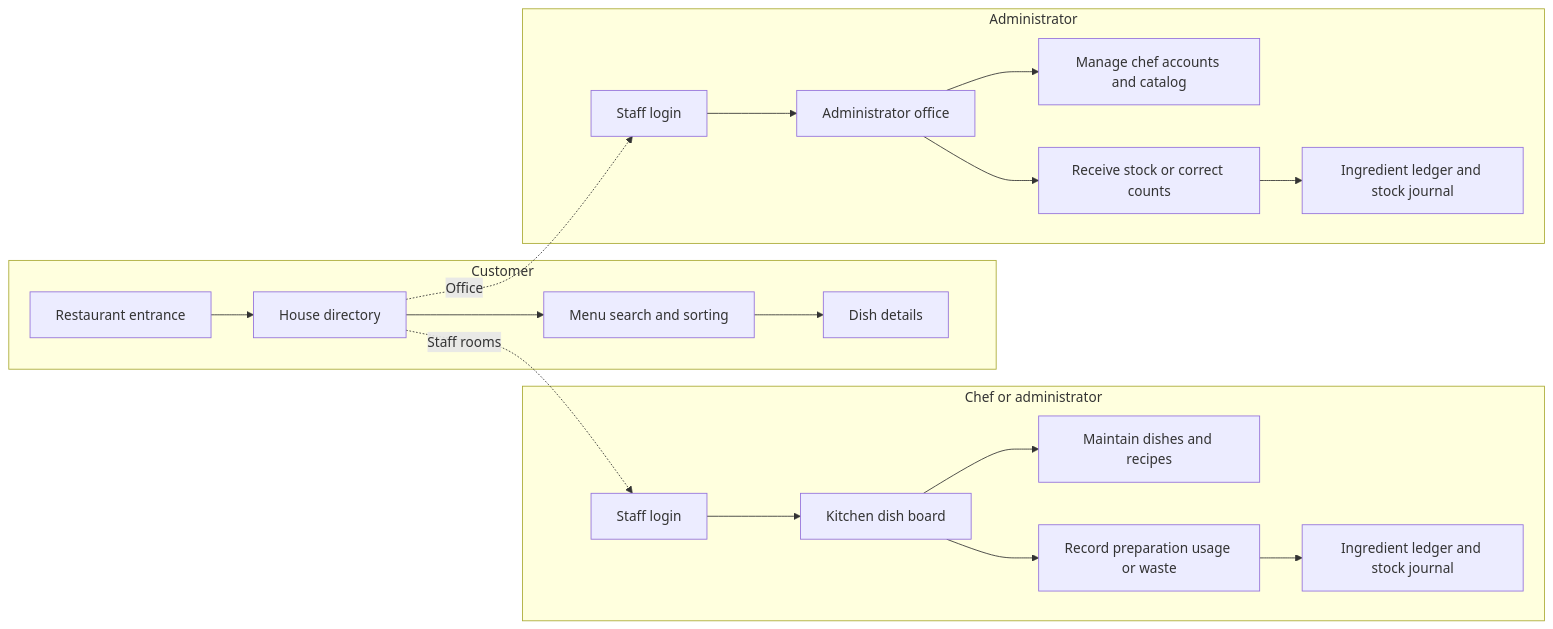
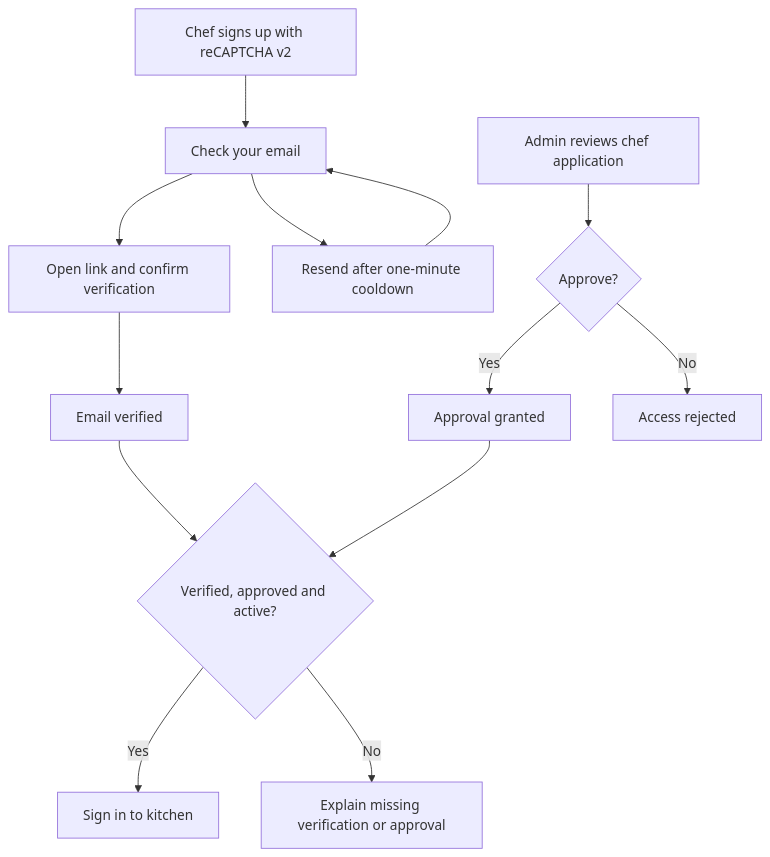
The diagram in restaurant-mvc/README.md (dhphuc2504/Web-App-Developing), drawn with Mermaid before and after one commit. The commit also changed other lines of this file and 127 other files, not shown here.

````diff
--- a/restaurant-mvc/README.md
+++ b/restaurant-mvc/README.md
@@ -22,22 +56,15 @@
 ```mermaid
-flowchart LR
-  subgraph Public[Customer]
-    A[Restaurant entrance] --> B[House directory]
-    B --> C[Menu search and sorting]
-    C --> D[Dish details]
-  end
-  subgraph Kitchen[Chef or administrator]
-    E[Staff login] --> F[Kitchen dish board]
-    F --> G[Maintain dishes and recipes]
-    F --> H[Record preparation usage or waste]
-    H --> I[Ingredient ledger and stock journal]
-  end
-  subgraph Office[Administrator]
-    J[Staff login] --> K[Administrator office]
-    K --> L[Manage chef accounts and catalog]
-    K --> M[Receive stock or correct counts]
-    M --> N[Ingredient ledger and stock journal]
-  end
-  B -. Staff rooms .-> E
-  B -. Office .-> J
+flowchart TD
+  A[Chef signs up with reCAPTCHA v2] --> B[Check your email]
+  B --> C[Open link and confirm verification]
+  B --> D[Resend after one-minute cooldown]
+  D --> B
+  C --> E[Email verified]
+  F[Admin reviews chef application] --> G{Approve?}
+  G -->|Yes| H[Approval granted]
+  G -->|No| I[Access rejected]
+  E --> J{Verified, approved and active?}
+  H --> J
+  J -->|Yes| K[Sign in to kitchen]
+  J -->|No| L[Explain missing verification or approval]
 ```
````
